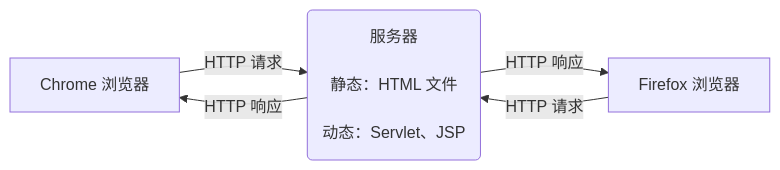
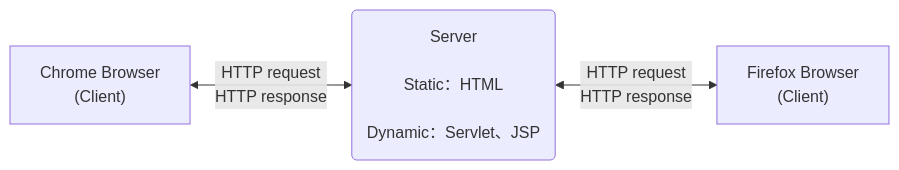
One commit to domeniczz/learnJavaDev changed the first of 7 diagrams in Basics/Web开发基础.md. Above: the diagram before and after it, drawn with Mermaid. The commit also changed other lines of this file and 6 other files, not shown here.

````diff
--- a/Basics/Web开发基础.md
+++ b/Basics/Web开发基础.md
@@ -33,7 +33,4 @@
 ```mermaid
 flowchart LR
-  B["Chrome 浏览器"] --"HTTP 请求"--> S("服务器<br/><br/>静态：HTML 文件<br/><br/>动态：Servlet、JSP")
-  S --"HTTP 响应"--> B
-  C["Firefox 浏览器"] --"HTTP 请求"--> S
-  S --"HTTP 响应"--> C
+  B["Chrome Browser<br/>(Client)"] <--"HTTP request<br/>HTTP response"--> S("Server<br/><br/>Static：HTML<br/><br/>Dynamic：Servlet、JSP") <--"HTTP request<br/>HTTP response"--> C["Firefox Browser<br/>(Client)"]
 ```
````
